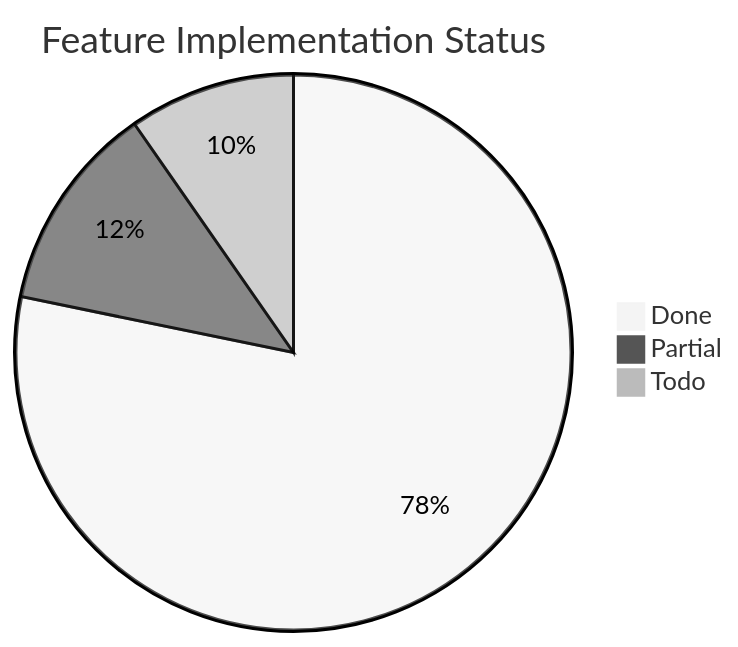
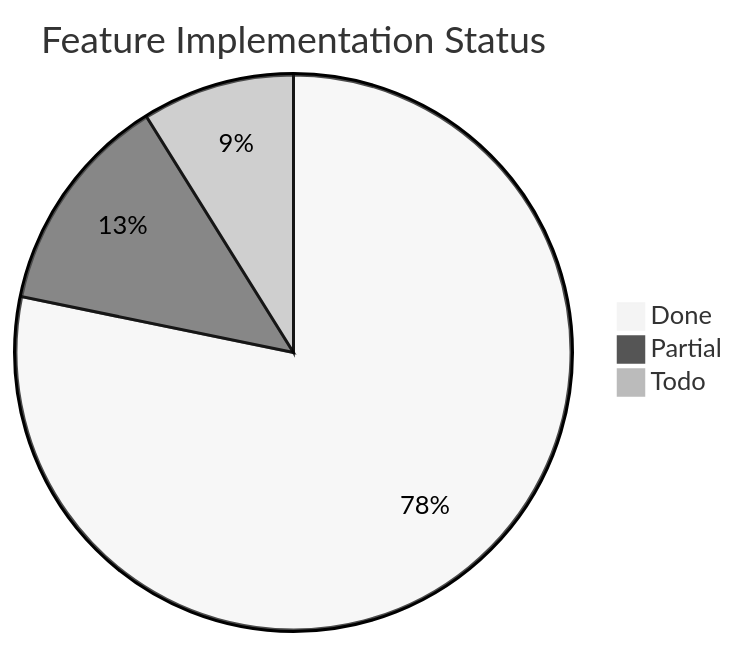
Before and after one commit to Papyrine/Morph: the third of 3 diagrams in docs/word-features.md, drawn with Mermaid (neutral theme). The commit also changed other lines of this file and 103 other files, not shown here.

````diff
--- a/docs/word-features.md
+++ b/docs/word-features.md
@@ -1923,6 +1927,6 @@
 ```mermaid
 pie title Feature Implementation Status
     "Done" : 97
-    "Partial" : 15
-    "Todo" : 12
+    "Partial" : 16
+    "Todo" : 11
 ```
````
